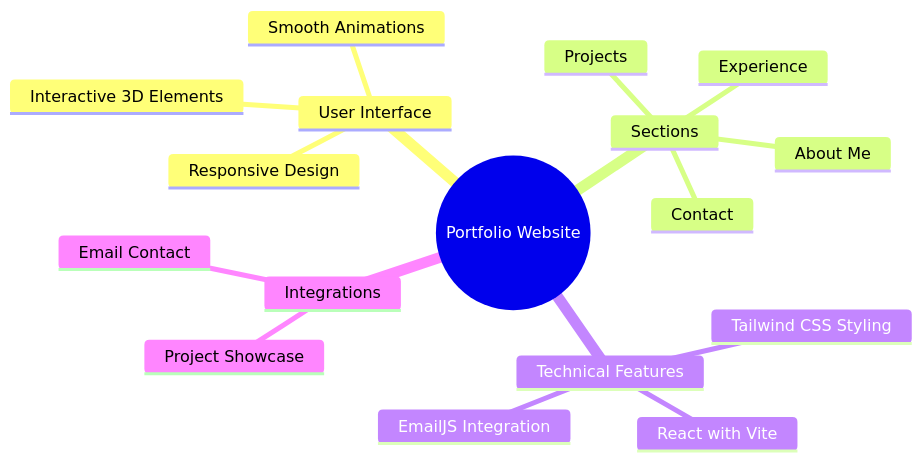
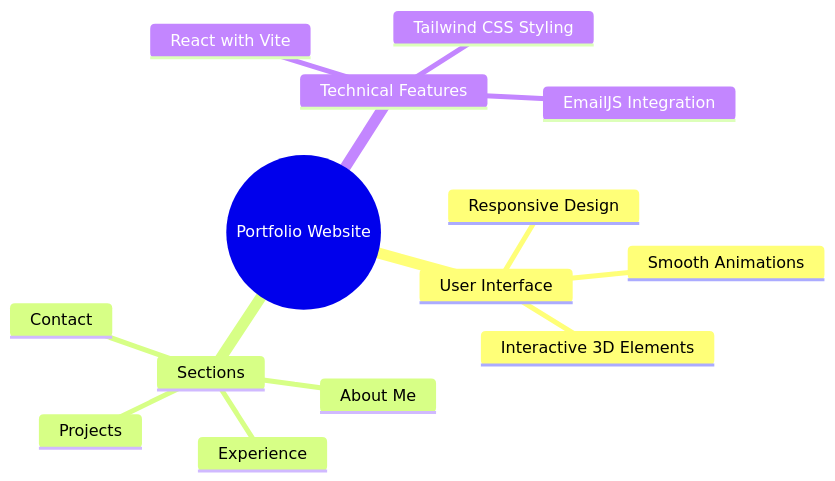
The diagram in README.md (sumit9000/portfolio), drawn with Mermaid before and after one commit. The commit also changed other lines of this file, not shown here.

````diff
--- a/README.md
+++ b/README.md
@@ -25,20 +27,17 @@
 ```mermaid
 mindmap
   root((Portfolio Website))
     User Interface
       Responsive Design
       Smooth Animations
       Interactive 3D Elements
     Sections
       About Me
       Experience
       Projects
       Contact
     Technical Features
       React with Vite
       Tailwind CSS Styling
       EmailJS Integration
-    Integrations
-       Email Contact
-      Project Showcase
 ```
````
